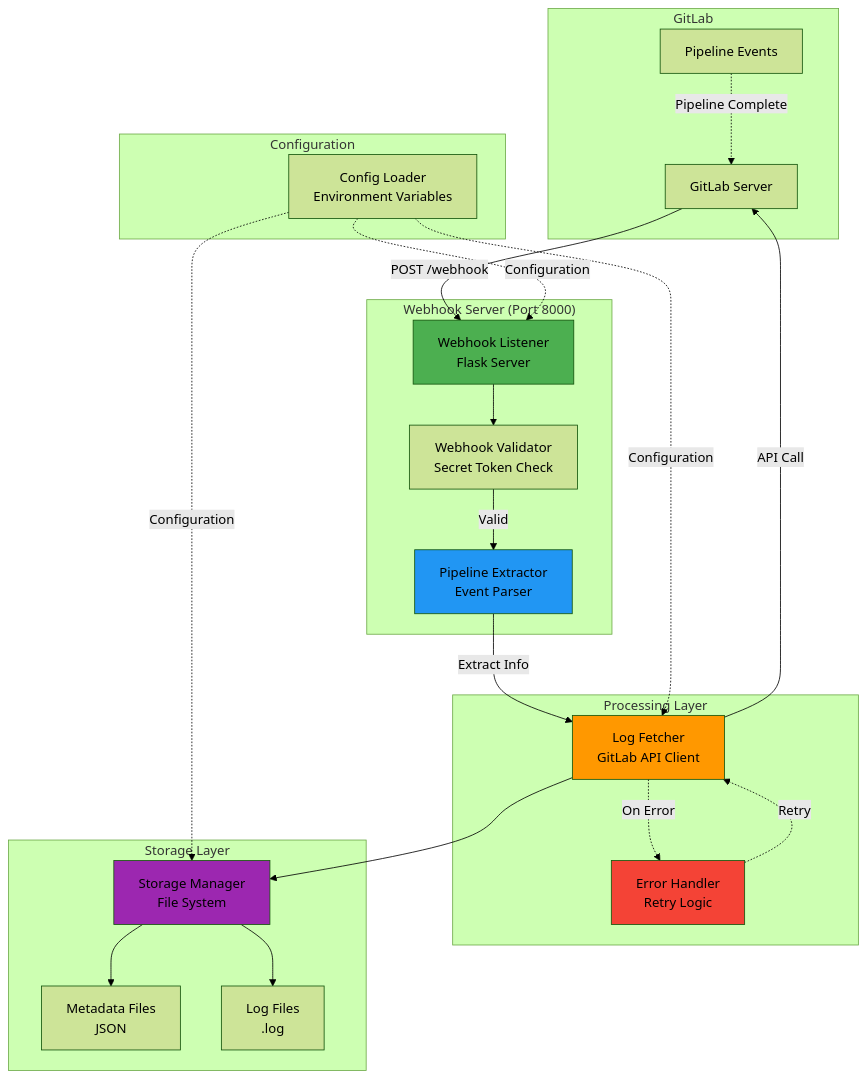
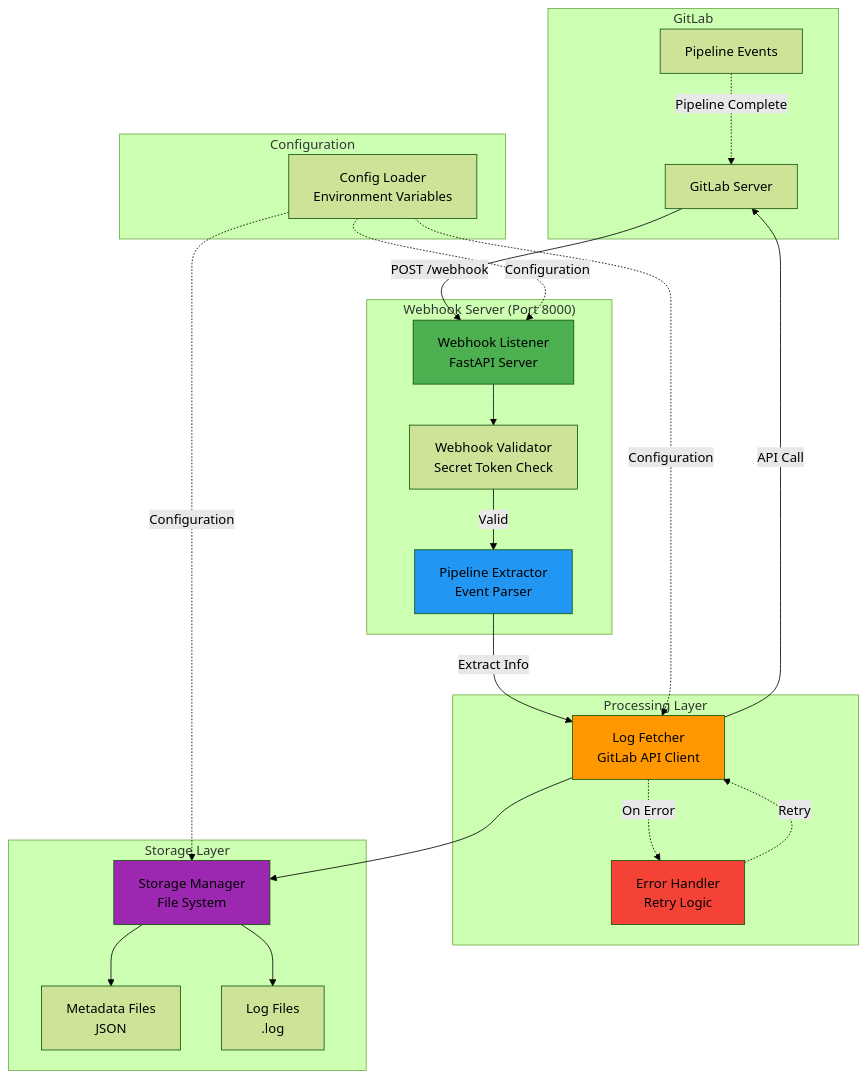
One commit to vigneshpalanivelr/extract-build-logs changed the first of 4 diagrams in README.md. Above: the diagram before and after it, drawn with Mermaid (forest theme). The commit also changed other lines of this file and 3 other files, not shown here.

First line of the commit message:
Convert Flask to FastAPI and add comprehensive debugging guide

````diff
--- a/README.md
+++ b/README.md
@@ -33,49 +33,49 @@
 ```mermaid
 graph TB
     subgraph "GitLab"
         GL[GitLab Server]
         PIPE[Pipeline Events]
     end
 
     subgraph "Webhook Server (Port 8000)"
-        WH[Webhook Listener<br/>Flask Server]
+        WH[Webhook Listener<br/>FastAPI Server]
         VAL[Webhook Validator<br/>Secret Token Check]
         PARSE[Pipeline Extractor<br/>Event Parser]
     end
 
     subgraph "Processing Layer"
         FETCH[Log Fetcher<br/>GitLab API Client]
         RETRY[Error Handler<br/>Retry Logic]
     end
 
     subgraph "Storage Layer"
         STORE[Storage Manager<br/>File System]
         META[Metadata Files<br/>JSON]
         LOGS[Log Files<br/>.log]
     end
 
     subgraph "Configuration"
         CONFIG[Config Loader<br/>Environment Variables]
     end
 
     GL -->|POST /webhook| WH
     PIPE -.->|Pipeline Complete| GL
     WH --> VAL
     VAL -->|Valid| PARSE
     PARSE -->|Extract Info| FETCH
     FETCH -->|API Call| GL
     FETCH -.->|On Error| RETRY
     RETRY -.->|Retry| FETCH
     FETCH --> STORE
     STORE --> META
     STORE --> LOGS
     CONFIG -.->|Configuration| WH
     CONFIG -.->|Configuration| FETCH
     CONFIG -.->|Configuration| STORE
 
     style WH fill:#4CAF50
     style PARSE fill:#2196F3
     style FETCH fill:#FF9800
     style STORE fill:#9C27B0
     style RETRY fill:#F44336
 ```
````
